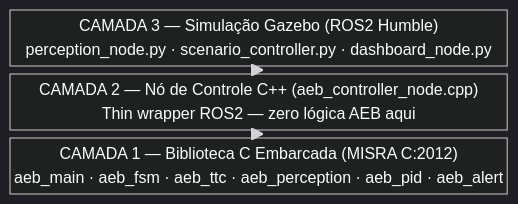
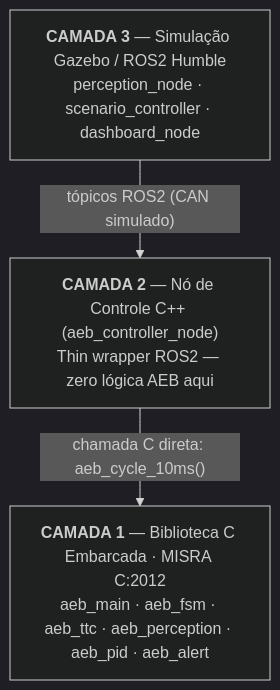
Before and after one commit to renatosfagundes/AEB_Sim: the first of 2 diagrams in README.md, drawn with Mermaid (dark theme). The commit also changed other lines of this file, not shown here.

First line of the commit message:
fix: substitui diagramas Mermaid por flowchart compatível com GitHub

````diff
--- a/README.md
+++ b/README.md
@@ -17,9 +17,9 @@
 ```mermaid
-block-beta
-  columns 1
-  C3["CAMADA 3 — Simulação Gazebo (ROS2 Humble)\nperception_node.py · scenario_controller.py · dashboard_node.py"]
-  C2["CAMADA 2 — Nó de Controle C++ (aeb_controller_node.cpp)\nThin wrapper ROS2 — zero lógica AEB aqui"]
-  C1["CAMADA 1 — Biblioteca C Embarcada (MISRA C:2012)\naeb_main · aeb_fsm · aeb_ttc · aeb_perception · aeb_pid · aeb_alert"]
-  C3 --> C2
-  C2 --> C1
+flowchart TD
+    C3["<b>CAMADA 3</b> — Simulação Gazebo / ROS2 Humble<br/>perception_node · scenario_controller · dashboard_node"]
+    C2["<b>CAMADA 2</b> — Nó de Controle C++ (aeb_controller_node)<br/>Thin wrapper ROS2 — zero lógica AEB aqui"]
+    C1["<b>CAMADA 1</b> — Biblioteca C Embarcada · MISRA C:2012<br/>aeb_main · aeb_fsm · aeb_ttc · aeb_perception · aeb_pid · aeb_alert"]
+
+    C3 -->|"tópicos ROS2 (CAN simulado)"| C2
+    C2 -->|"chamada C direta: aeb_cycle_10ms()"| C1
 ```
````
